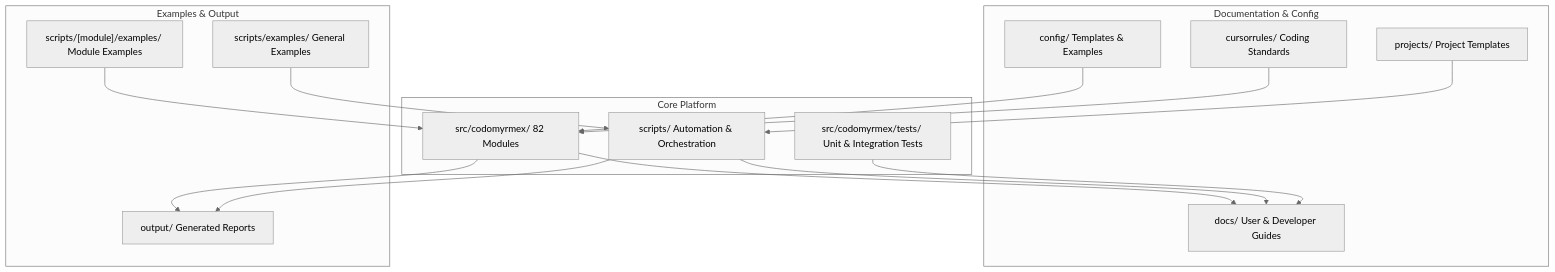
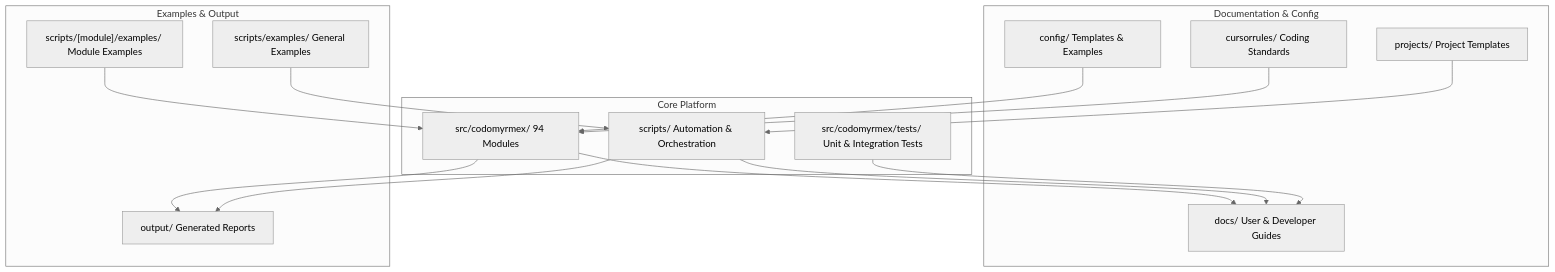
The seventh of 12 diagrams in README.md (docxology/codomyrmex), drawn with Mermaid (neutral theme) before and after one commit. The commit also changed other lines of this file and 629 other files, not shown here.

````diff
--- a/README.md
+++ b/README.md
@@ -1046,32 +1046,32 @@
 ```mermaid
 graph TD
     subgraph corePlatform ["Core Platform"]
-        CoreSrc["src/codomyrmex/ 82 Modules"]
+        CoreSrc["src/codomyrmex/ 94 Modules"]
         CoreScripts["scripts/ Automation & Orchestration"]
         CoreTests["src/codomyrmex/tests/ Unit & Integration Tests"]
     end
 
     subgraph docsConfig ["Documentation & Config"]
         Docs["docs/ User & Developer Guides"]
         Config["config/ Templates & Examples"]
         Rules["cursorrules/ Coding Standards"]
         Projects["projects/ Project Templates"]
     end
 
     subgraph examplesOutput ["Examples & Output"]
         ModuleExamples["scripts/[module]/examples/ Module Examples"]
         Output["output/ Generated Reports"]
         ScriptsExamples["scripts/examples/ General Examples"]
     end
 
     CoreSrc --> Docs
     CoreScripts --> Docs
     CoreTests --> Docs
     Config --> CoreSrc
     Rules --> CoreSrc
     Projects --> CoreScripts
     ModuleExamples --> CoreSrc
     ScriptsExamples --> CoreScripts
     CoreSrc --> Output
     CoreScripts --> Output
 ```
````
